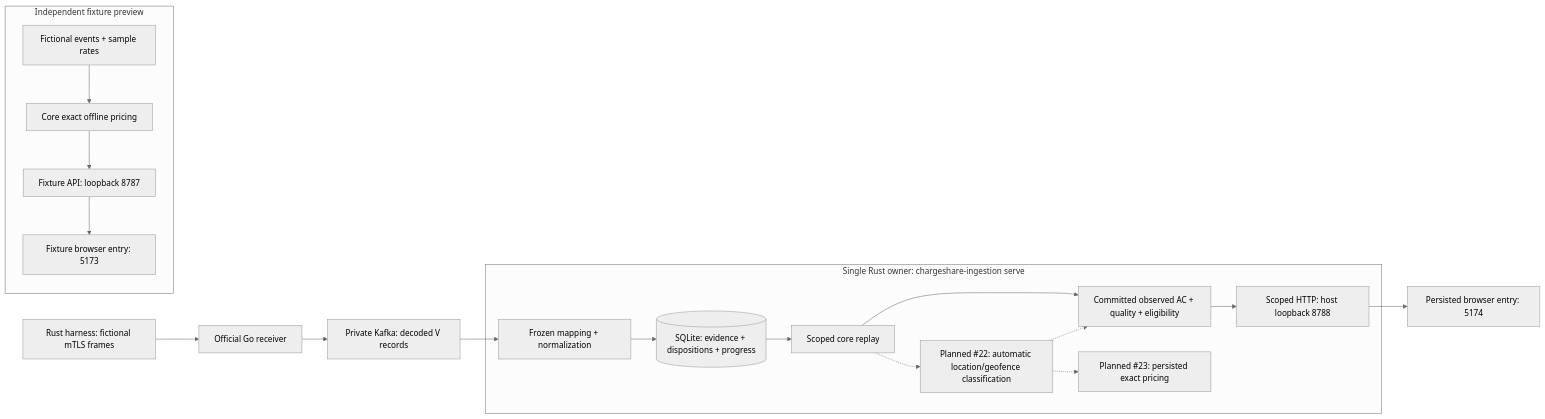
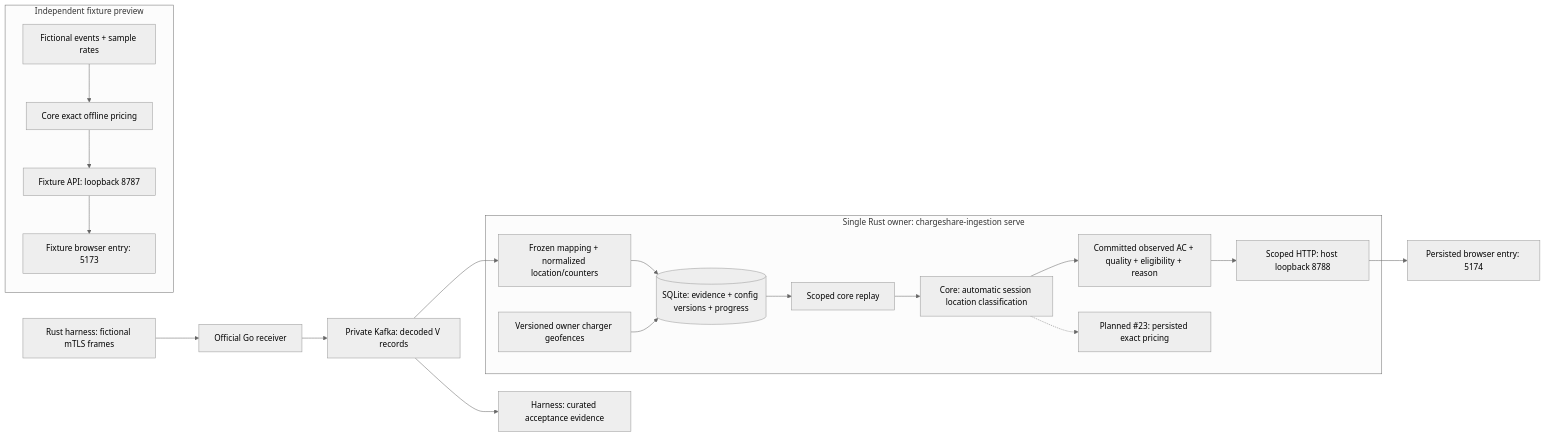
The diagram in docs/architecture.md (jestrada/ChargeShare), drawn with Mermaid (neutral theme) before and after one commit. The commit also changed other lines of this file and 42 other files, not shown here.

Commit message:
Classify charger sessions automatically from location (#22) (#33)

````diff
--- a/docs/architecture.md
+++ b/docs/architecture.md
@@ -32,21 +32,22 @@
 ```mermaid
 flowchart LR
     sender["Rust harness: fictional mTLS frames"] --> receiver["Official Go receiver"]
     receiver --> kafka["Private Kafka: decoded V records"]
     kafka --> normalize
+    kafka --> capture["Harness: curated acceptance evidence"]
     subgraph owner["Single Rust owner: chargeshare-ingestion serve"]
-        normalize["Frozen mapping + normalization"] --> sqlite[("SQLite: evidence + dispositions + progress")]
+        normalize["Frozen mapping + normalized location/counters"] --> sqlite[("SQLite: evidence + config versions + progress")]
+        config["Versioned owner charger geofences"] --> sqlite
         sqlite --> replay["Scoped core replay"]
-        replay --> results["Committed observed AC + quality + eligibility"]
+        replay --> classification["Core: automatic session location classification"]
+        classification --> results["Committed observed AC + quality + eligibility + reason"]
         results --> api["Scoped HTTP: host loopback 8788"]
-        replay -.-> classification["Planned #22: automatic location/geofence classification"]
-        classification -.-> results
         classification -.-> pricing["Planned #23: persisted exact pricing"]
     end
     api --> persisted["Persisted browser entry: 5174"]
     subgraph fixture["Independent fixture preview"]
         demo["Fictional events + sample rates"] --> offline["Core exact offline pricing"]
         offline --> fixture_api["Fixture API: loopback 8787"]
         fixture_api --> fixture_ui["Fixture browser entry: 5173"]
     end
 ```
````
